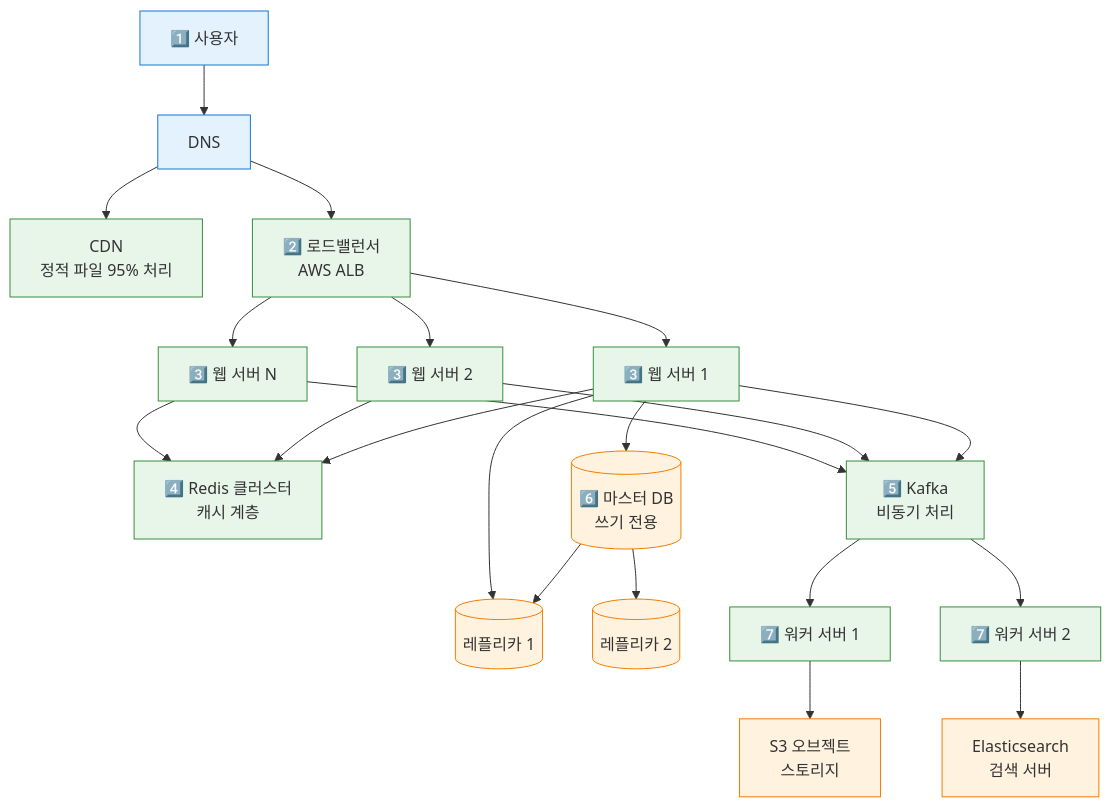
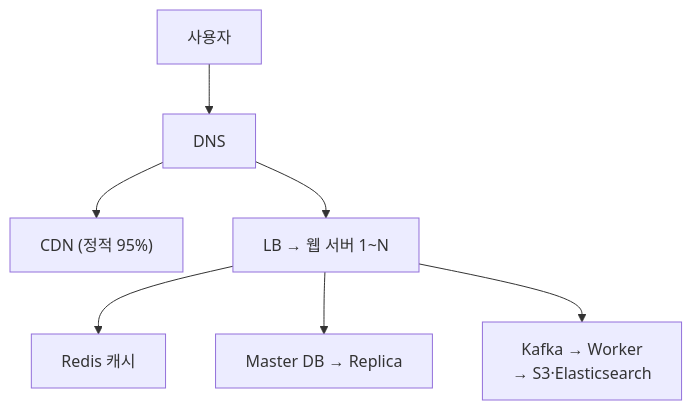
One commit to yjkim2015/yjkim2015.github.io changed diagram 15 of 17 in _posts/systemdesign/2026-05-02-system-design-fundamentals.md. Above: the diagram before and after it, drawn with Mermaid. The commit also changed other lines of this file and 215 other files, not shown here.

First line of the commit message:
신규 포스트 10개 추가 + Mermaid 전면 축소 + SystemDesign 시리즈 보강

````diff
--- a/_posts/systemdesign/2026-05-02-system-design-fundamentals.md
+++ b/_posts/systemdesign/2026-05-02-system-design-fundamentals.md
@@ -690,35 +525,9 @@
 ```mermaid
 graph TD
-    User["1️⃣ 사용자"] --> DNS["DNS"]
-    DNS --> CDN["CDN\n정적 파일 95% 처리"]
-    DNS --> LB["2️⃣ 로드밸런서\nAWS ALB"]
-
-    LB --> WS1["3️⃣ 웹 서버 1"]
-    LB --> WS2["3️⃣ 웹 서버 2"]
-    LB --> WS3["3️⃣ 웹 서버 N"]
-
-    WS1 --> Cache["4️⃣ Redis 클러스터\n캐시 계층"]
-    WS2 --> Cache
-    WS3 --> Cache
-
-    WS1 --> MQ["5️⃣ Kafka\n비동기 처리"]
-    WS2 --> MQ
-    WS3 --> MQ
-
-    WS1 --> MasterDB[("6️⃣ 마스터 DB\n쓰기 전용")]
-    MasterDB --> R1[("레플리카 1")]
-    MasterDB --> R2[("레플리카 2")]
-    WS1 --> R1
-
-    MQ --> Worker1["7️⃣ 워커 서버 1"]
-    MQ --> Worker2["7️⃣ 워커 서버 2"]
-    Worker1 --> Storage["S3 오브젝트\n스토리지"]
-    Worker2 --> Search["Elasticsearch\n검색 서버"]
-
-    classDef client fill:#e3f2fd,stroke:#1976d2
-    classDef server fill:#e8f5e9,stroke:#388e3c
-    classDef db fill:#fff3e0,stroke:#f57c00
-    class User,DNS client
-    class LB,WS1,WS2,WS3,Cache,MQ,Worker1,Worker2,CDN server
-    class MasterDB,R1,R2,Storage,Search db
+    User["사용자"] --> DNS["DNS"]
+    DNS --> CDN["CDN (정적 95%)"]
+    DNS --> LB["LB → 웹 서버 1~N"]
+    LB --> Cache["Redis 캐시"]
+    LB --> DB["Master DB → Replica"]
+    LB --> MQ["Kafka → Worker\n→ S3·Elasticsearch"]
 ```
````
